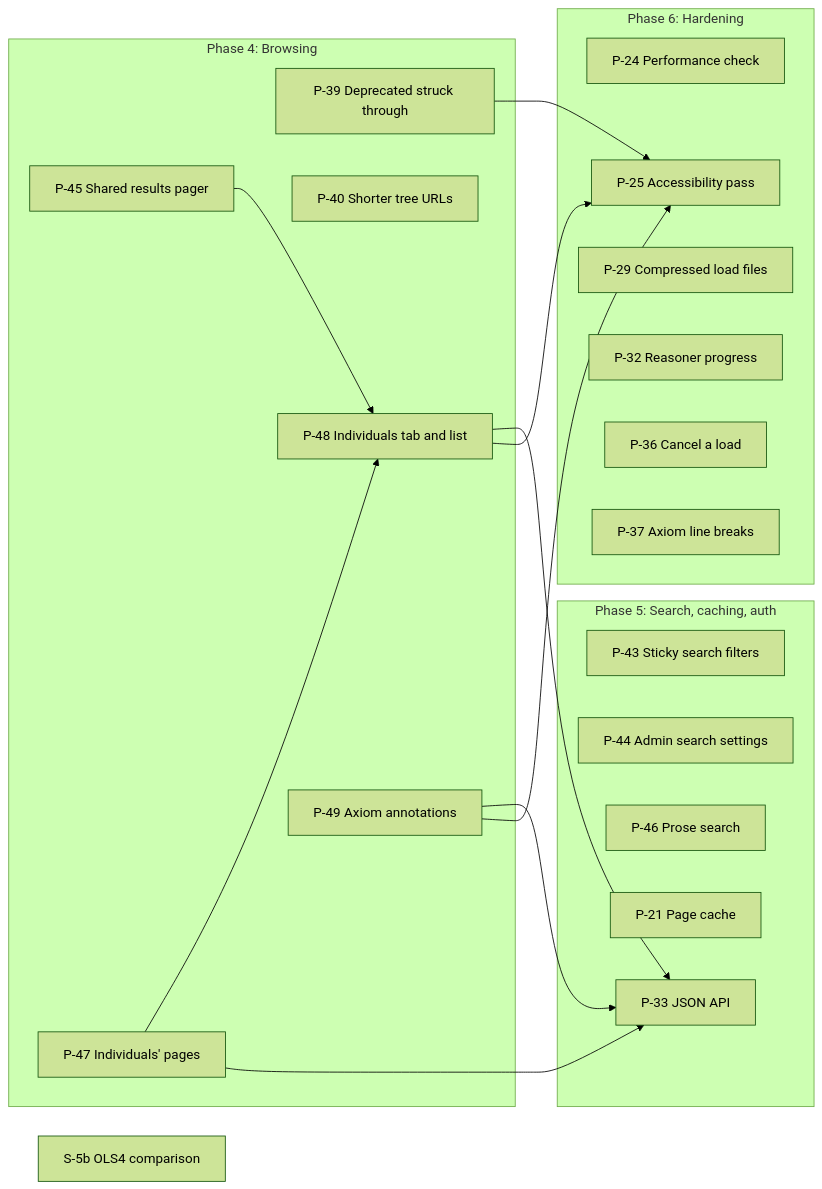
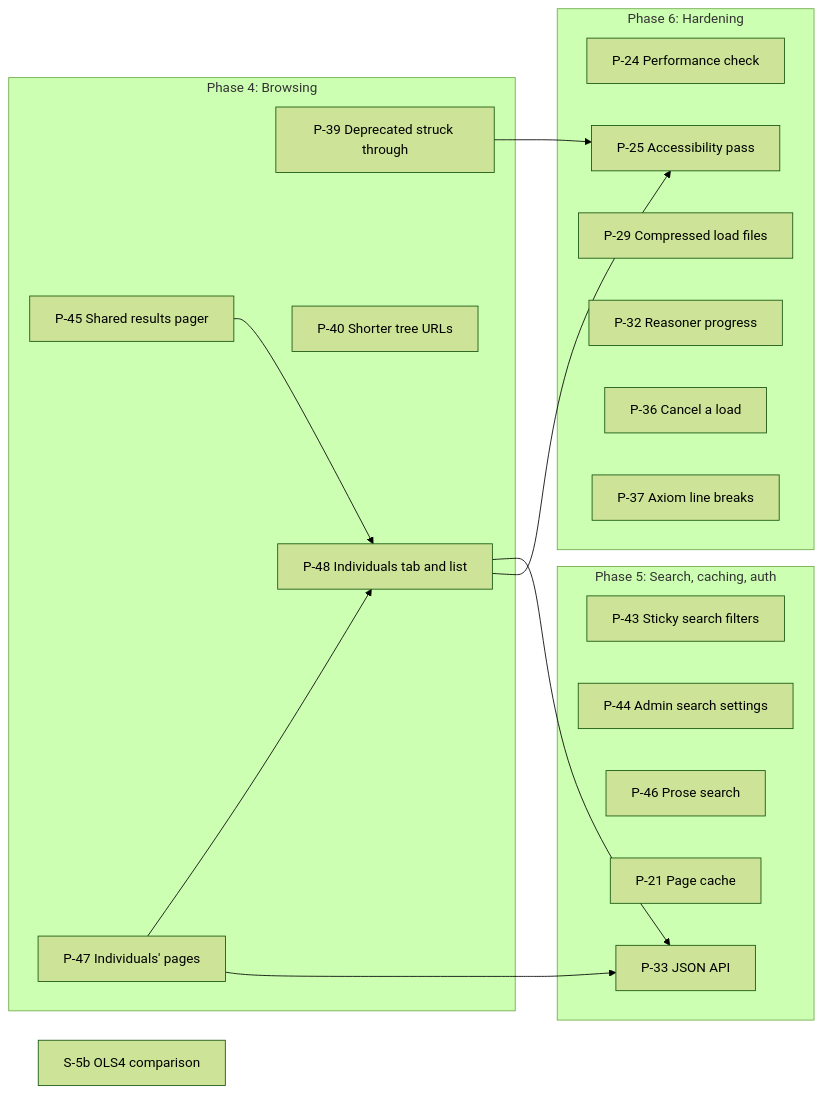
The diagram in docs/DESIGN.md (jclerman/browl), drawn with Mermaid (forest theme) before and after one commit.

Commit message:
Drop P-49 from the remaining-work graph
P-49 was marked Done in the plan table, but its node and edges stayed in the graph of items not yet done.

````diff
--- a/docs/DESIGN.md
+++ b/docs/DESIGN.md
@@ -2243,36 +2243,33 @@
 ```mermaid
 flowchart LR
     subgraph P4["Phase 4: Browsing"]
         P39["P-39 Deprecated struck through"]
         P40["P-40 Shorter tree URLs"]
         P45["P-45 Shared results pager"]
         P47["P-47 Individuals' pages"]
         P48["P-48 Individuals tab and list"]
-        P49["P-49 Axiom annotations"]
     end
     subgraph P5["Phase 5: Search, caching, auth"]
         P43["P-43 Sticky search filters"]
         P44["P-44 Admin search settings"]
         P46["P-46 Prose search"]
         P21["P-21 Page cache"]
         P33["P-33 JSON API"]
     end
     subgraph P6["Phase 6: Hardening"]
         P24["P-24 Performance check"]
         P25["P-25 Accessibility pass"]
         P29["P-29 Compressed load files"]
         P32["P-32 Reasoner progress"]
         P36["P-36 Cancel a load"]
         P37["P-37 Axiom line breaks"]
     end
     S5b["S-5b OLS4 comparison"]
 
     P39 --> P25
     P47 --> P48
     P45 --> P48
     P47 --> P33
     P48 --> P33
-    P49 --> P33
     P48 --> P25
-    P49 --> P25
 ```
````
